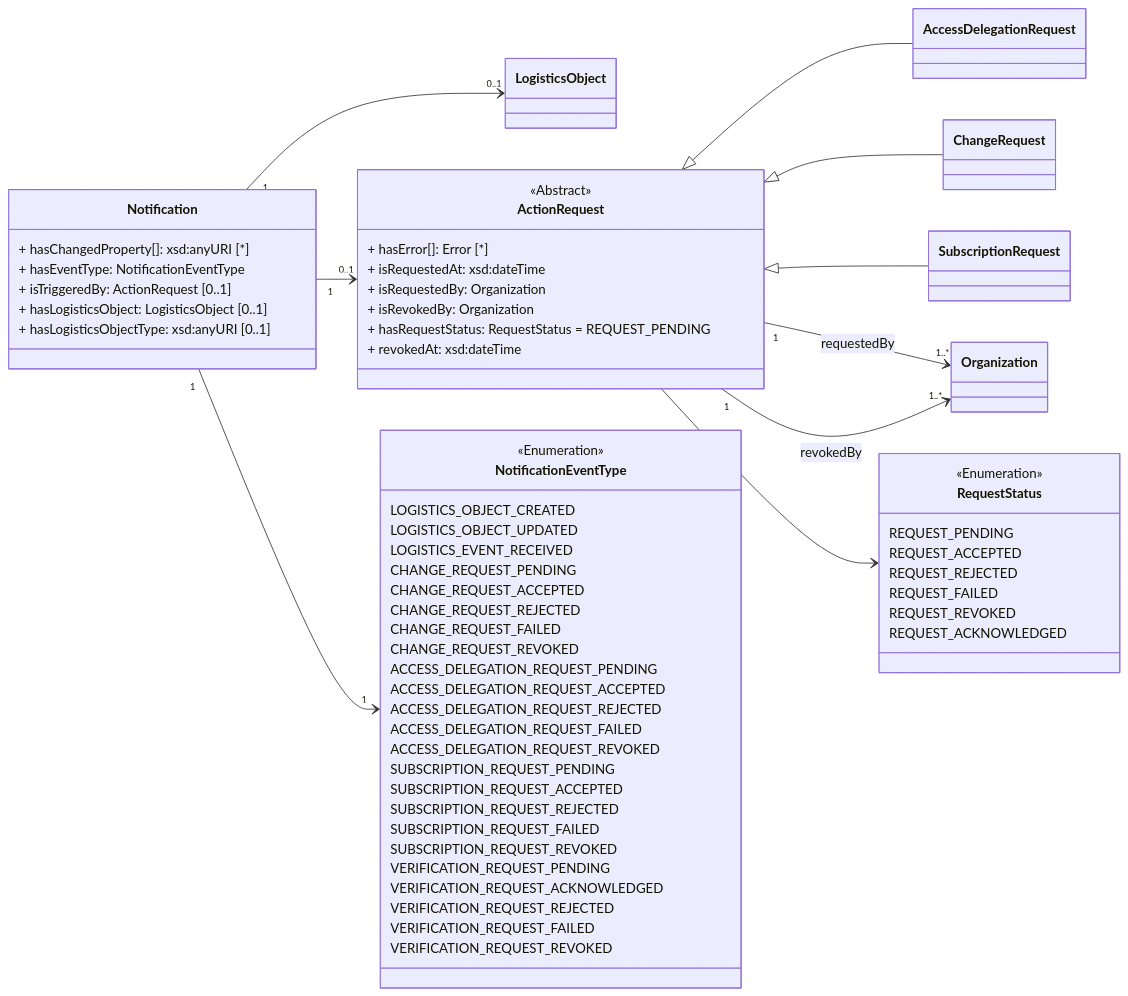
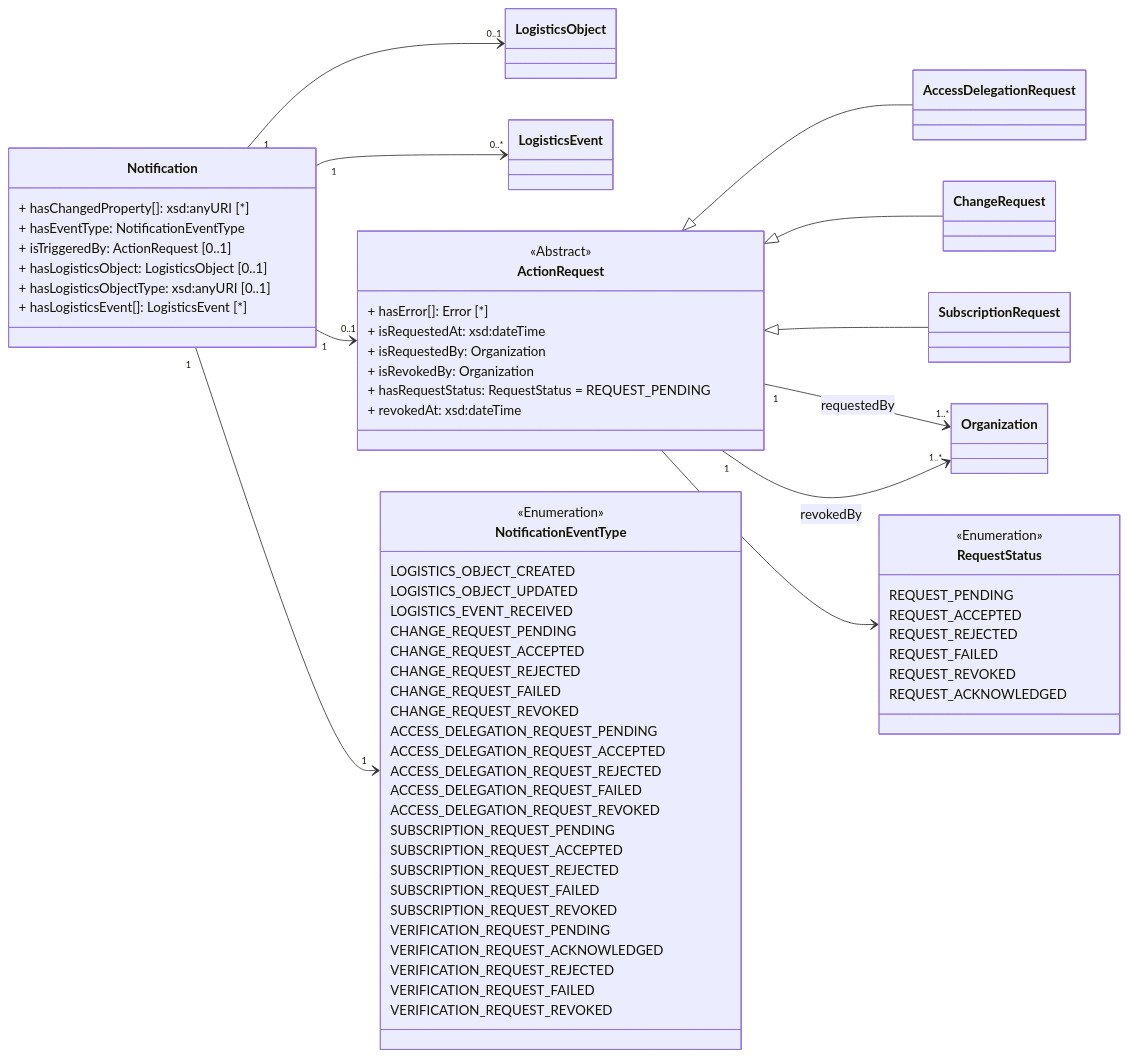
Before and after one commit to IATA-Cargo/ONE-Record: the diagram in Documentation_website/docs/API-Security/notifications.md, drawn with Mermaid. The commit also changed other lines of this file and 2 other files, not shown here.

Commit message:
Notification for Logistics Event creation #272

```diff
--- a/Documentation_website/docs/API-Security/notifications.md
+++ b/Documentation_website/docs/API-Security/notifications.md
@@ -28,6 +28,9 @@
     direction LR   
 
     class LogisticsObject{                
+    }
+
+    class LogisticsEvent{                
     }
 
     class Organization{        
@@ -55,11 +58,13 @@
         + hasEventType: NotificationEventType
         + isTriggeredBy: ActionRequest [0..1]  
         + hasLogisticsObject: LogisticsObject [0..1]
-        + hasLogisticsObjectType: xsd:anyURI [0..1]     
+        + hasLogisticsObjectType: xsd:anyURI [0..1] 
+        + hasLogisticsEvent[]: LogisticsEvent [*]    
     }
     Notification "1"--> "0..1" LogisticsObject
     Notification "1" --> "1" NotificationEventType
-    Notification "1" --> "0..1" ActionRequest  
+    Notification "1" --> "0..1" ActionRequest 
+    Notification "1"--> "0..*" LogisticsEvent 
 
     class NotificationEventType{
         <<Enumeration>>
```
